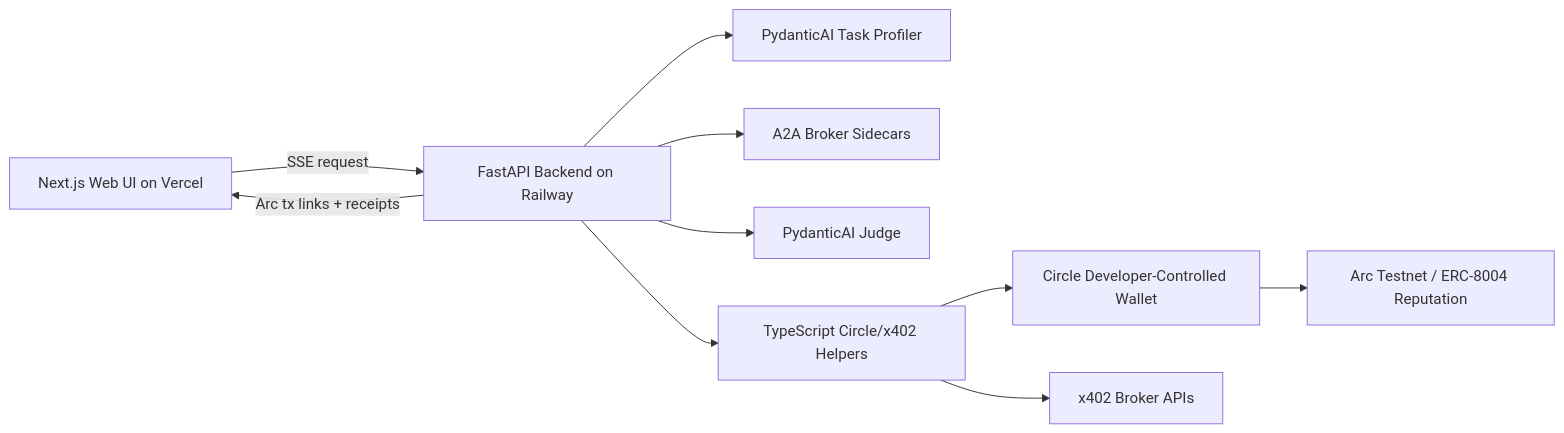
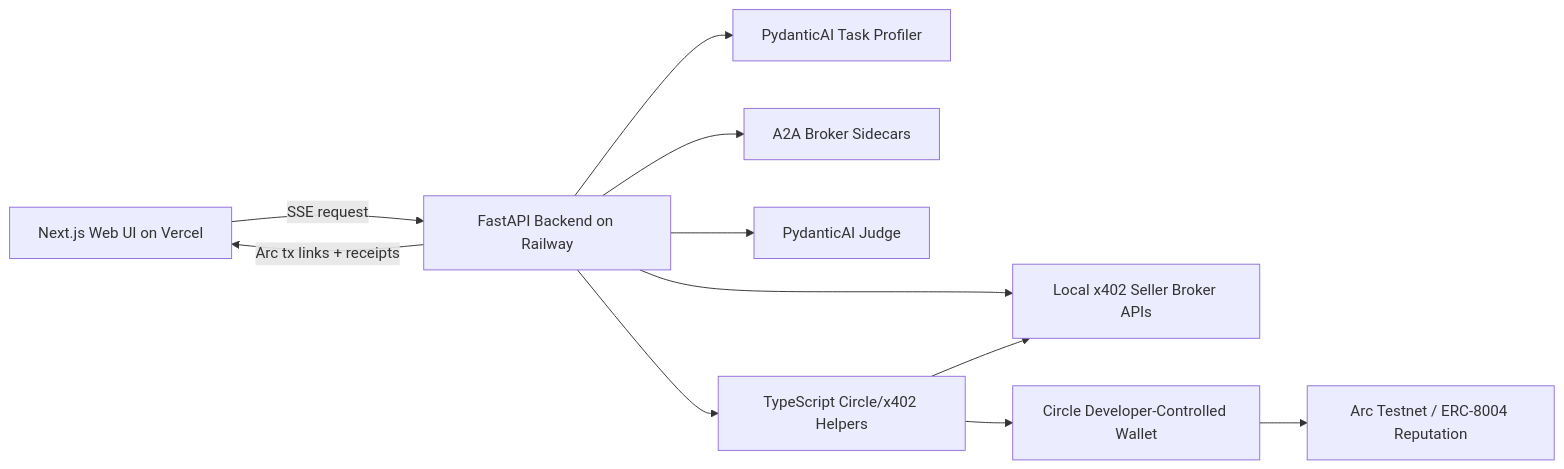
Before and after one commit to pktikkani/agentic-economy-on-arc-backend: the diagram in README.md, drawn with Mermaid. The commit also changed other lines of this file and 1 other file, not shown here.

Commit message:
Start seller brokers in backend service

````diff
--- a/README.md
+++ b/README.md
@@ -24,12 +25,13 @@
 ```mermaid
 flowchart LR
   Web["Next.js Web UI on Vercel"] -->|SSE request| API["FastAPI Backend on Railway"]
   API --> Profile["PydanticAI Task Profiler"]
   API --> Sidecars["A2A Broker Sidecars"]
   API --> Judge["PydanticAI Judge"]
+  API --> Sellers["Local x402 Seller Broker APIs"]
   API --> Helpers["TypeScript Circle/x402 Helpers"]
   Helpers --> Circle["Circle Developer-Controlled Wallet"]
-  Helpers --> Brokers["x402 Broker APIs"]
+  Helpers --> Sellers
   Circle --> Arc["Arc Testnet / ERC-8004 Reputation"]
   API -->|Arc tx links + receipts| Web
 ```
````
